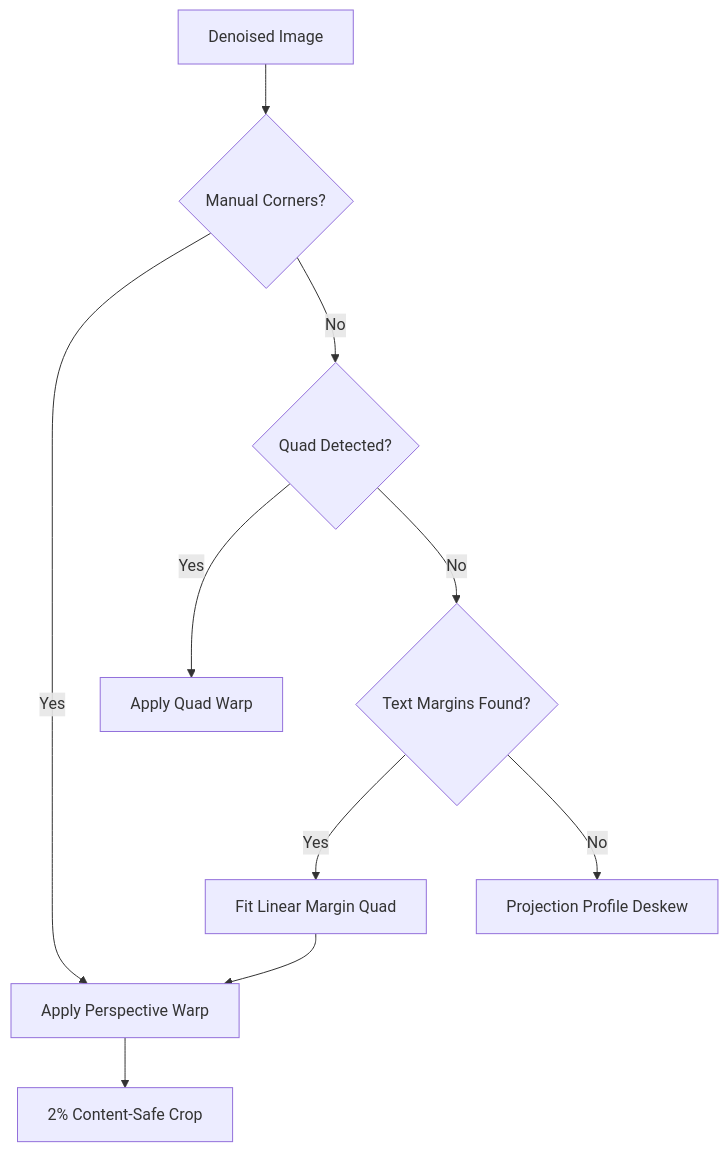
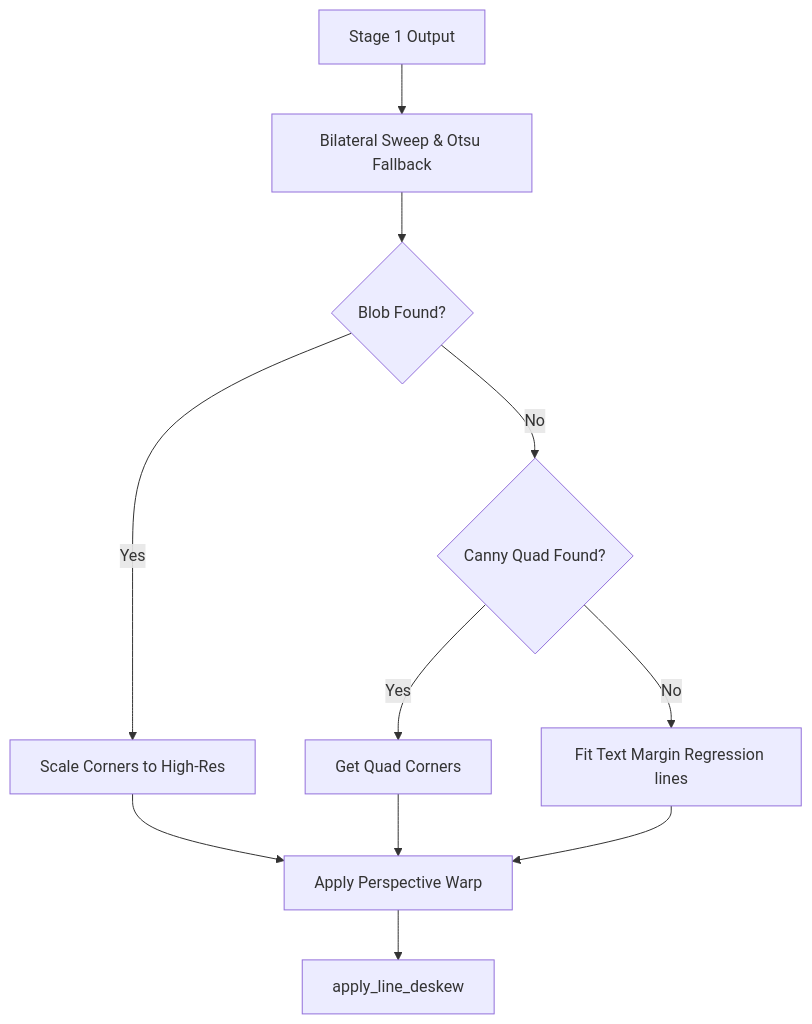
Before and after one commit to Khubaib7-del/FISCAL_DEMO: the second of 2 diagrams in README.md, drawn with Mermaid. The commit also changed other lines of this file and 39 other files, not shown here.

````diff
--- a/README.md
+++ b/README.md
@@ -42,12 +58,13 @@
 ```mermaid
 graph TD
-    W1[Denoised Image] --> W2{Manual Corners?}
-    W2 -- Yes --> W3[Apply Perspective Warp]
-    W2 -- No --> W4{Quad Detected?}
-    W4 -- Yes --> W5[Apply Quad Warp]
-    W4 -- No --> W6{Text Margins Found?}
-    W6 -- Yes --> W7[Fit Linear Margin Quad]
-    W7 --> W3
-    W6 -- No --> W8[Projection Profile Deskew]
-    W3 --> W9[2% Content-Safe Crop]
+    W1[Stage 1 Output] --> W2[Bilateral Sweep & Otsu Fallback]
+    W2 --> W3{Blob Found?}
+    W3 -- Yes --> W4[Scale Corners to High-Res]
+    W3 -- No --> W5{Canny Quad Found?}
+    W5 -- Yes --> W6[Get Quad Corners]
+    W5 -- No --> W7[Fit Text Margin Regression lines]
+    W4 --> W8[Apply Perspective Warp]
+    W6 --> W8
+    W7 --> W8
+    W8 --> W9[apply_line_deskew]
 ```
````
